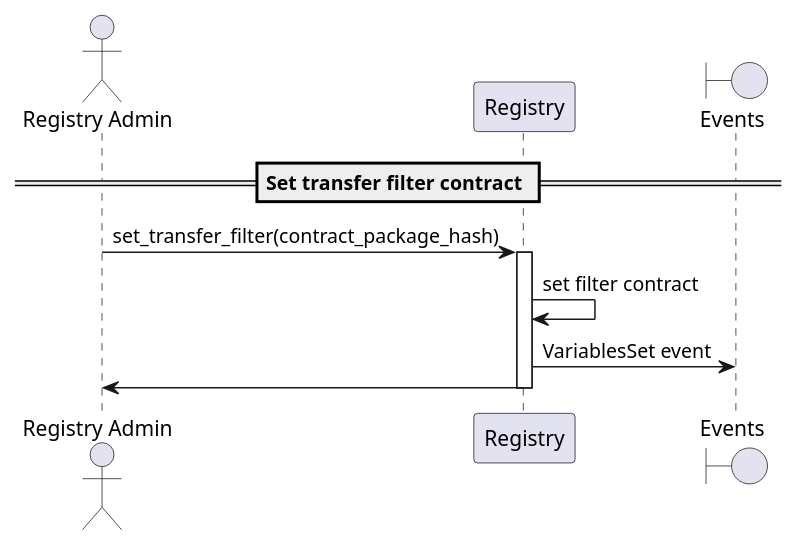
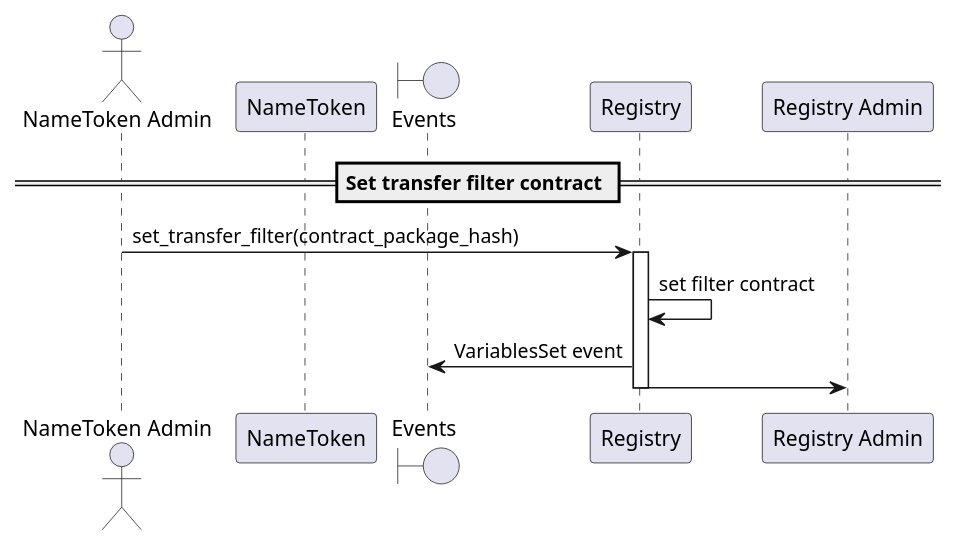
Before and after one commit to make-software/cspr-name-contracts: the diagram in docs/sequence-diagrams/puml/set-transfer-filter.puml, drawn with PlantUML. The commit also changed 14 other files, not shown here.

Commit message:
Renamed Registry contract with NameToken in the sequence diagrams. (part 2)

```diff
--- a/docs/sequence-diagrams/puml/set-transfer-filter.puml
+++ b/docs/sequence-diagrams/puml/set-transfer-filter.puml
@@ -1,18 +1,18 @@
 @startuml
 'https://plantuml.com/sequence-diagram
 
 'autonumber
-actor "Registry Admin"
-participant "Registry"
+actor "NameToken Admin"
+participant "NameToken"
 boundary "Events"
 
 == Set transfer filter contract ==
 
-"Registry Admin" -> "Registry": set_transfer_filter(contract_package_hash)
+"NameToken Admin" -> "Registry": set_transfer_filter(contract_package_hash)
 activate "Registry"
 Registry -> Registry: set filter contract
 Registry -> "Events": VariablesSet event
 "Registry" -> "Registry Admin"
 deactivate "Registry"
 
 @enduml
```
